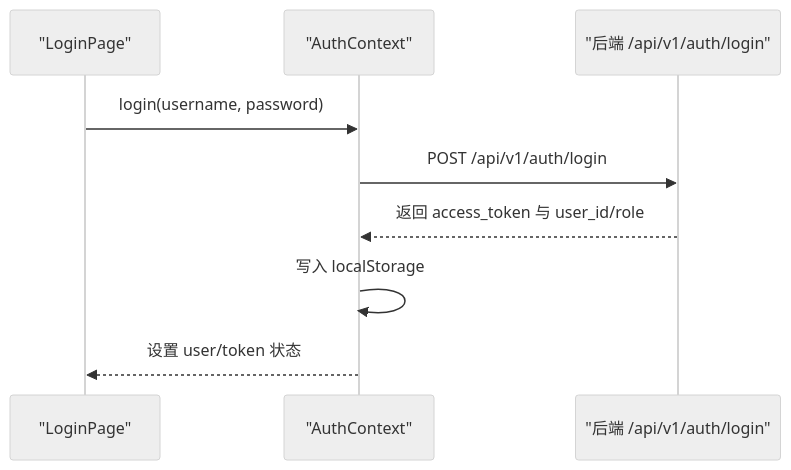
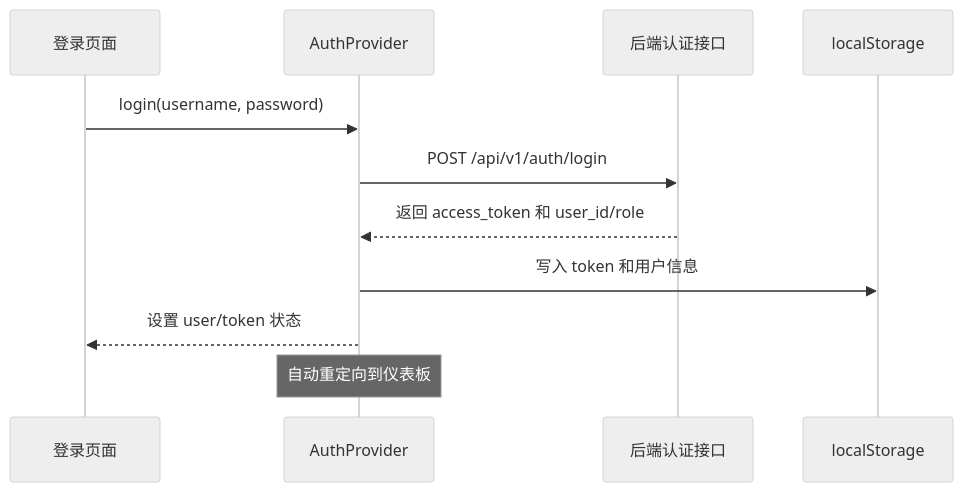
The sixth of 7 diagrams in .qoder/repowiki/zh/content/前端应用架构/React应用结构.md (angledick/-), drawn with Mermaid (neutral theme) before and after one commit. The commit also changed other lines of this file and 770 other files, not shown here.

````diff
--- a/.qoder/repowiki/zh/content/前端应用架构/React应用结构.md
+++ b/.qoder/repowiki/zh/content/前端应用架构/React应用结构.md
@@ -232,11 +256,13 @@
 ```mermaid
 sequenceDiagram
-participant UI as "LoginPage"
-participant Auth as "AuthContext"
-participant API as "后端 /api/v1/auth/login"
+participant UI as 登录页面
+participant Auth as AuthProvider
+participant API as 后端认证接口
+participant Storage as localStorage
 UI->>Auth : login(username, password)
 Auth->>API : POST /api/v1/auth/login
-API-->>Auth : 返回 access_token 与 user_id/role
-Auth->>Auth : 写入 localStorage
+API-->>Auth : 返回 access_token 和 user_id/role
+Auth->>Storage : 写入 token 和用户信息
 Auth-->>UI : 设置 user/token 状态
+Note over Auth : 自动重定向到仪表板
 ```
````
